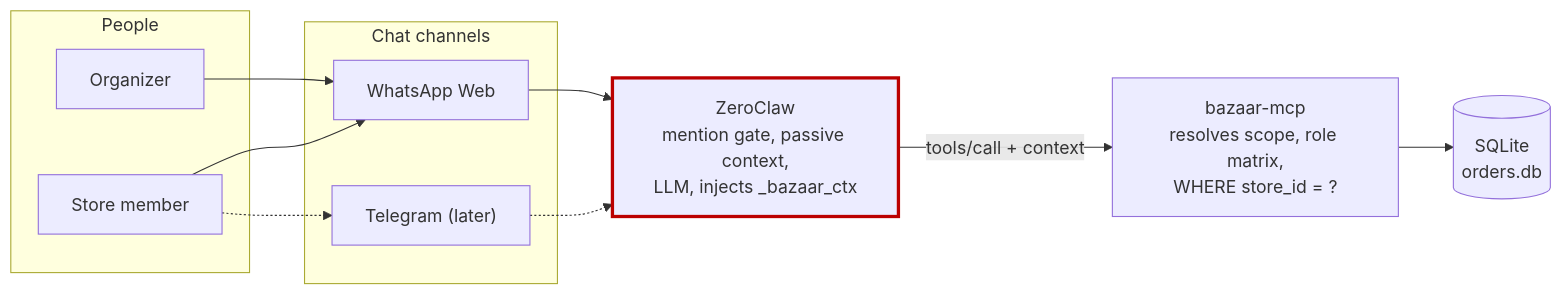
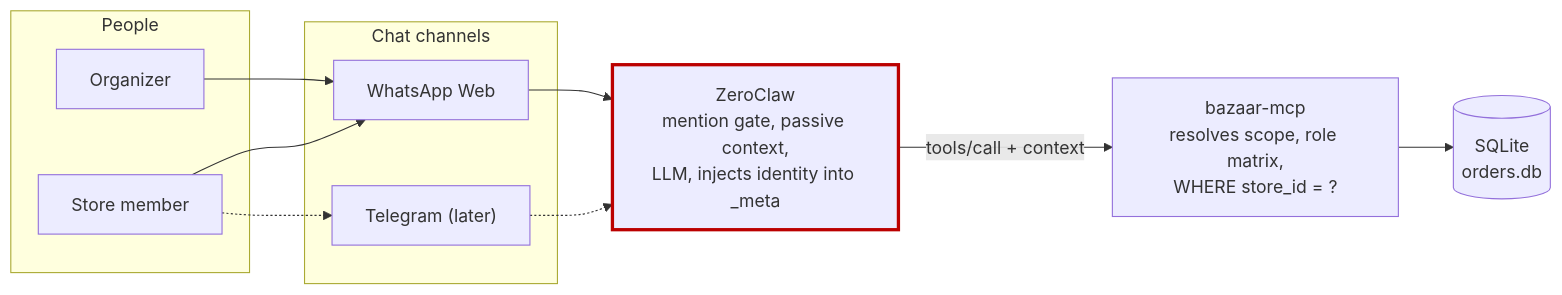
The first of 3 diagrams in docs/architecture.md (danielistyo/mini-bazaar), drawn with Mermaid before and after one commit. The commit also changed other lines of this file and 10 other files, not shown here.

First line of the commit message:
feat(mcp): resolve the store from injected context and gate tools by role

````diff
--- a/docs/architecture.md
+++ b/docs/architecture.md
@@ -11,27 +11,27 @@
 ```mermaid
 flowchart LR
     subgraph people["People"]
         ORG["Organizer"]
         SM["Store member"]
     end
 
     subgraph ch["Chat channels"]
         WA["WhatsApp Web"]
         TG["Telegram (later)"]
     end
 
-    ZC["ZeroClaw<br/>mention gate, passive context,<br/>LLM, injects _bazaar_ctx"]
+    ZC["ZeroClaw<br/>mention gate, passive context,<br/>LLM, injects identity into _meta"]
     BE["bazaar-mcp<br/>resolves scope, role matrix,<br/>WHERE store_id = ?"]
     DB[("SQLite<br/>orders.db")]
 
     ORG --> WA
     SM --> WA
     SM -.-> TG
     WA --> ZC
     TG -.-> ZC
     ZC -->|"tools/call + context"| BE
     BE --> DB
 
     classDef anchor stroke-width:3px,stroke:#b00
     class ZC anchor
 ```
````
